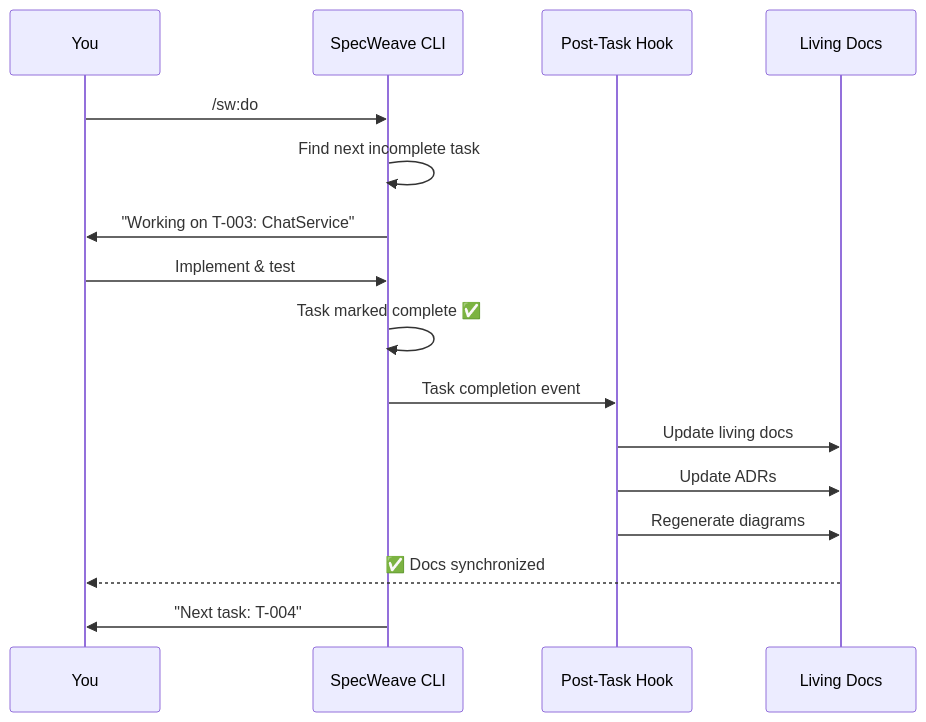
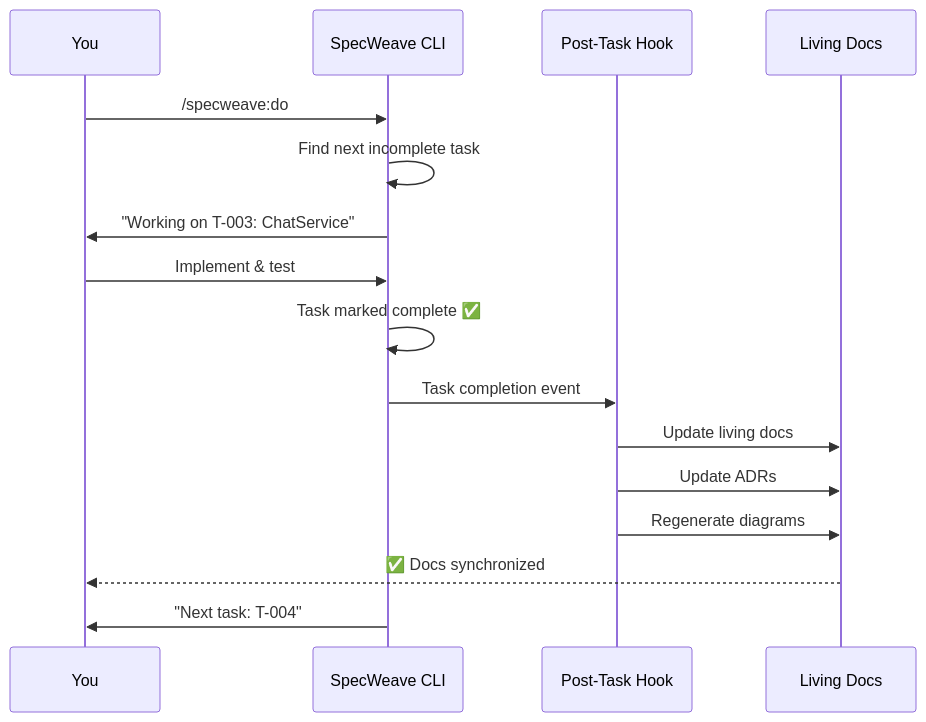
Before and after one commit to anton-abyzov/specweave: the second of 5 diagrams in docs-site/docs/workflows/implementation.md, drawn with Mermaid. The commit also changed other lines of this file and 144 other files, not shown here.

````diff
--- a/docs-site/docs/workflows/implementation.md
+++ b/docs-site/docs/workflows/implementation.md
@@ -34,22 +34,22 @@
 ```mermaid
 sequenceDiagram
     participant You
     participant CLI as SpecWeave CLI
     participant Hook as Post-Task Hook
     participant Docs as Living Docs
 
-    You->>CLI: /sw:do
+    You->>CLI: /specweave:do
     CLI->>CLI: Find next incomplete task
     CLI->>You: "Working on T-003: ChatService"
 
     You->>CLI: Implement & test
     CLI->>CLI: Task marked complete ✅
 
     CLI->>Hook: Task completion event
     Hook->>Docs: Update living docs
     Hook->>Docs: Update ADRs
     Hook->>Docs: Regenerate diagrams
     Docs-->>You: ✅ Docs synchronized
 
     CLI->>You: "Next task: T-004"
 ```
````
